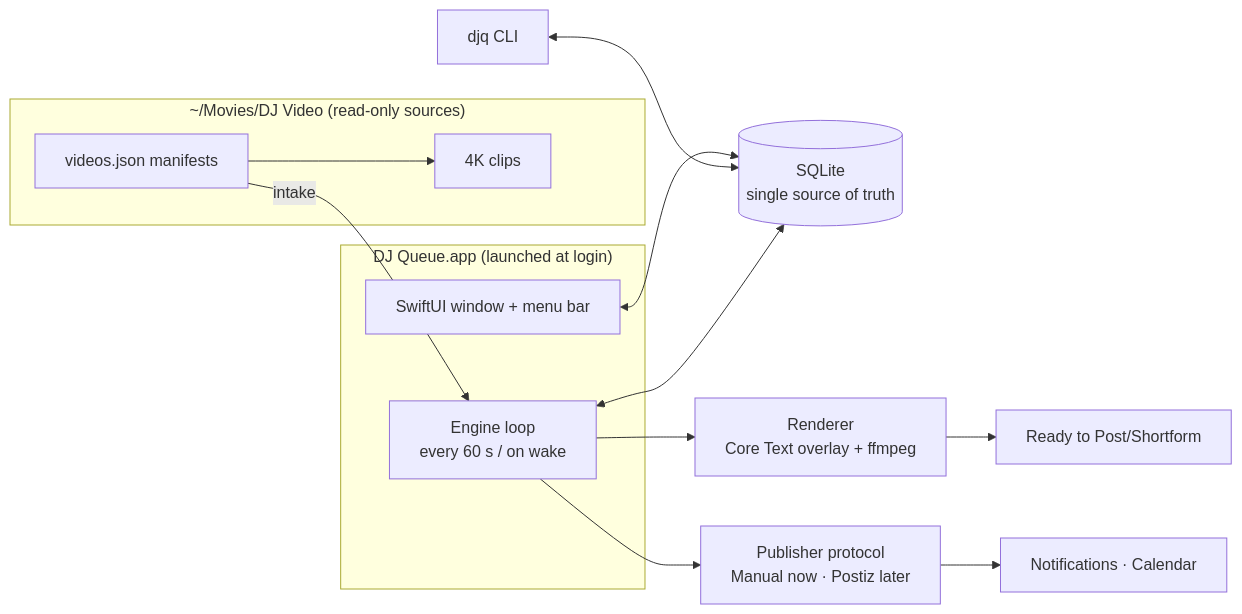
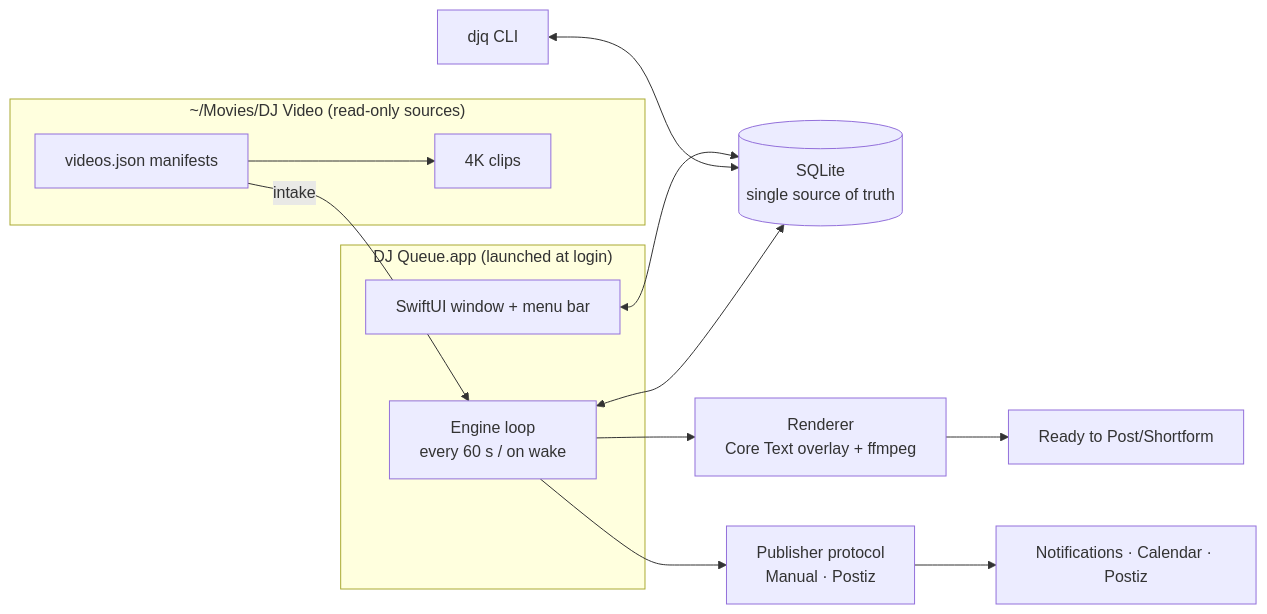
Before and after one commit to EricIshekwene/dj-queue: the diagram in README.md, drawn with Mermaid. The commit also changed other lines of this file and 41 other files, not shown here.

````diff
--- a/README.md
+++ b/README.md
@@ -45,20 +67,20 @@
 ```mermaid
 flowchart LR
   subgraph Disk["~/Movies/DJ Video (read-only sources)"]
     VJ[videos.json manifests] --> CL[4K clips]
   end
   subgraph App["DJ Queue.app (launched at login)"]
     UI[SwiftUI window + menu bar]
     ENG[Engine loop<br/>every 60 s / on wake]
   end
   CLI[djq CLI]
   DB[(SQLite<br/>single source of truth)]
   R[Renderer<br/>Core Text overlay + ffmpeg]
-  P[Publisher protocol<br/>Manual now · Postiz later]
+  P[Publisher protocol<br/>Manual · Postiz]
   VJ -- intake --> ENG
   UI <--> DB
   CLI <--> DB
   ENG <--> DB
   ENG --> R --> OUT[Ready to Post/Shortform]
-  ENG --> P --> N[Notifications · Calendar]
+  ENG --> P --> N[Notifications · Calendar · Postiz]
 ```
````
